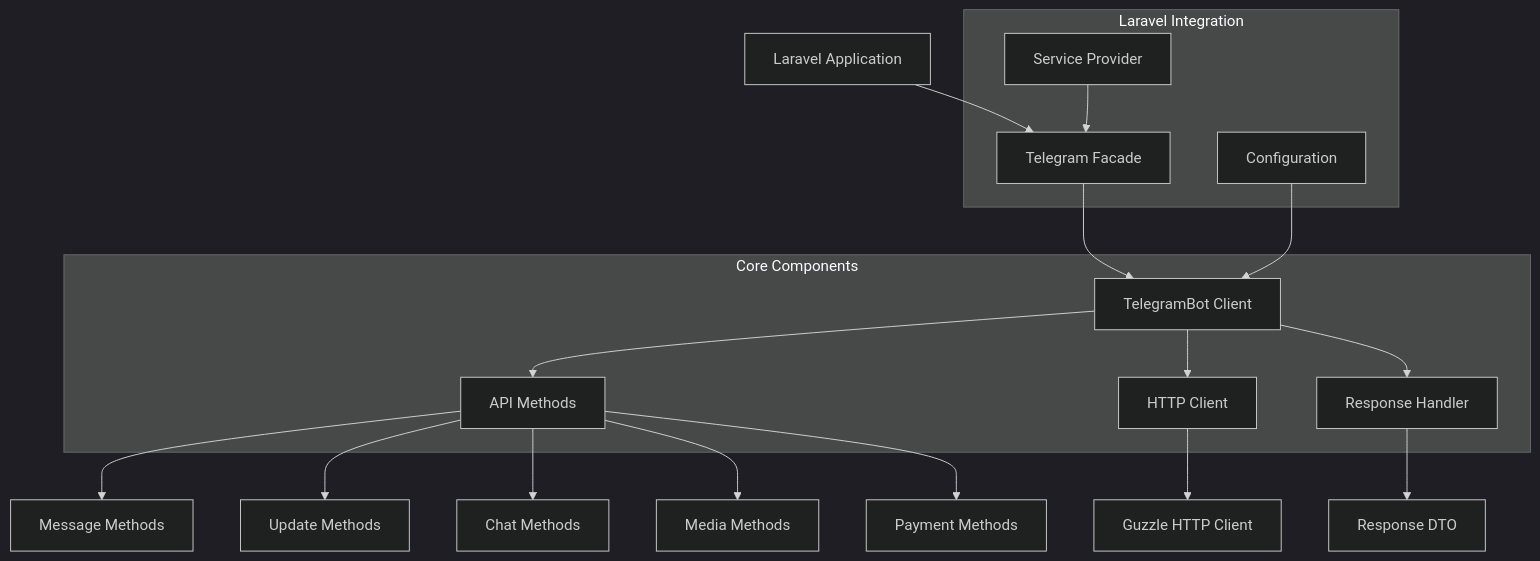
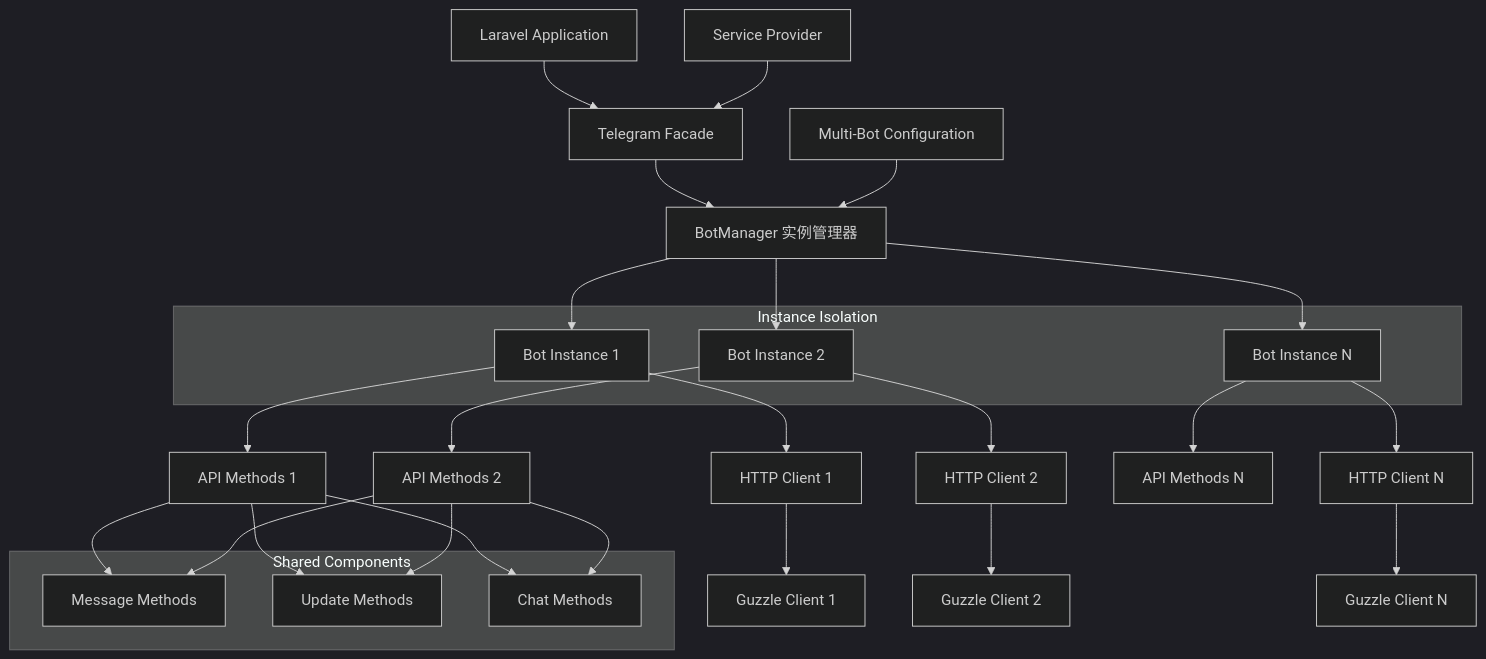
One commit to xbot-my/telegram-sdk changed the first of 15 diagrams in .qoder/quests/telegram-bot-sdk.md. Above: the diagram before and after it, drawn with Mermaid (dark theme). The commit also changed other lines of this file and 1 other file, not shown here.

First line of the commit message:
feat(core): 实现多实例Bot管理和完全隔离机制

````diff
--- a/.qoder/quests/telegram-bot-sdk.md
+++ b/.qoder/quests/telegram-bot-sdk.md
@@ -26,33 +28,41 @@
 ```mermaid
 graph TB
     A[Laravel Application] --> B[Telegram Facade]
-    B --> C[TelegramBot Client]
-    C --> D[API Methods]
-    C --> E[HTTP Client]
-    C --> F[Response Handler]
+    B --> C[BotManager 实例管理器]
+    C --> D1[Bot Instance 1]
+    C --> D2[Bot Instance 2]
+    C --> D3[Bot Instance N]
     
-    D --> G[Message Methods]
-    D --> H[Update Methods]
-    D --> I[Chat Methods]
-    D --> J[Media Methods]
-    D --> K[Payment Methods]
+    D1 --> E1[API Methods 1]
+    D1 --> F1[HTTP Client 1]
+    D2 --> E2[API Methods 2]
+    D2 --> F2[HTTP Client 2]
+    D3 --> E3[API Methods N]
+    D3 --> F3[HTTP Client N]
     
-    E --> L[Guzzle HTTP Client]
-    F --> M[Response DTO]
+    E1 --> G[Message Methods]
+    E1 --> H[Update Methods]
+    E1 --> I[Chat Methods]
+    E2 --> G
+    E2 --> H
+    E2 --> I
     
-    N[Configuration] --> C
-    O[Service Provider] --> B
+    F1 --> J1[Guzzle Client 1]
+    F2 --> J2[Guzzle Client 2]
+    F3 --> J3[Guzzle Client N]
     
-    subgraph "Core Components"
-        C
-        D
-        E
-        F
+    K[Multi-Bot Configuration] --> C
+    L[Service Provider] --> B
+    
+    subgraph "Instance Isolation"
+        D1
+        D2
+        D3
     end
     
-    subgraph "Laravel Integration"
-        B
-        O
-        N
+    subgraph "Shared Components"
+        G
+        H
+        I
     end
 ```
````
